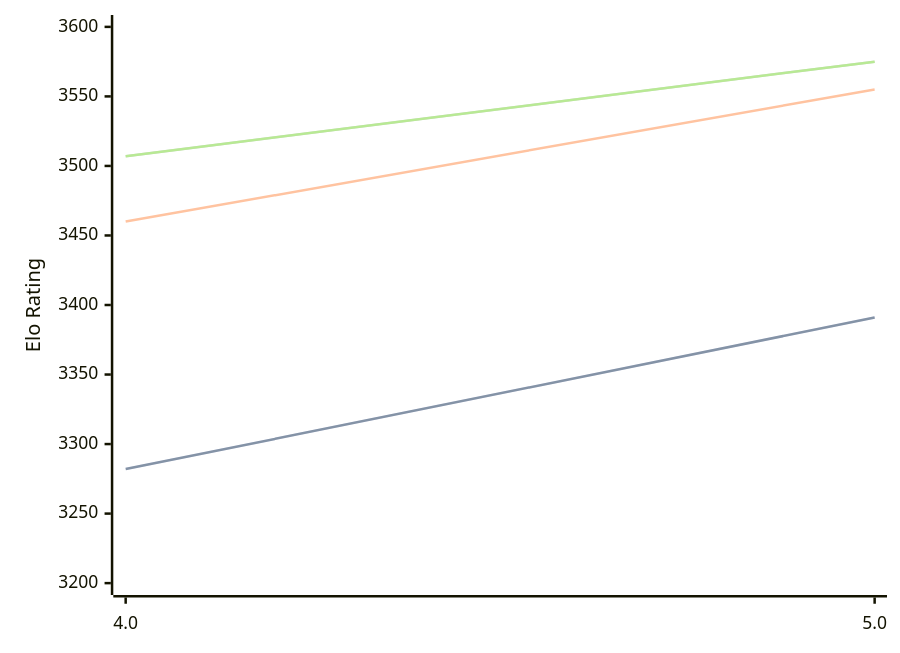
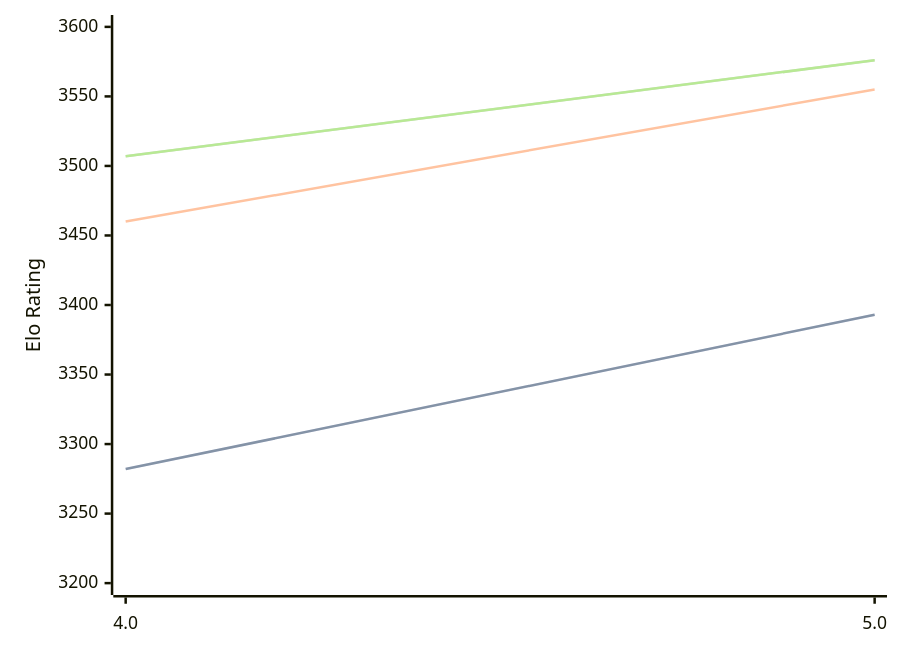
The diagram in engines/Tarnished.md (computer-chess-index/cci), drawn with Mermaid before and after one commit. The commit also changed other lines of this file, not shown here.

Commit message:
Update CCI Ratings (ELO VLTC) - 2026-04-12

````diff
--- a/engines/Tarnished.md
+++ b/engines/Tarnished.md
@@ -36,11 +36,11 @@
 ```mermaid
 %%{init: {"theme":"base","themeVariables":{"seriesColors:['#a3a3a3','#222221','#faa371']}}}%%
 xychart-beta
   x-axis ["4.0", "5.0"]
   y-axis "Elo Rating" 3200 --> 3600
-  line "STC (8.0+0.08s)" [3282, 3391]
-  line "STC (8.0+0.08s)" [3282, 3391]
+  line "STC (8.0+0.08s)" [3282, 3393]
+  line "STC (8.0+0.08s)" [3282, 3393]
   line "LTC (60.0+0.60s)" [3460, 3555]
-  line "VLTC (2m24s+1.12s)" [3507, 3575]
-  line "VLTC (2m24s+1.12s)" [3507, 3575]
+  line "VLTC (2m24s+1.12s)" [3507, 3576]
+  line "VLTC (2m24s+1.12s)" [3507, 3576]
 ```
````
